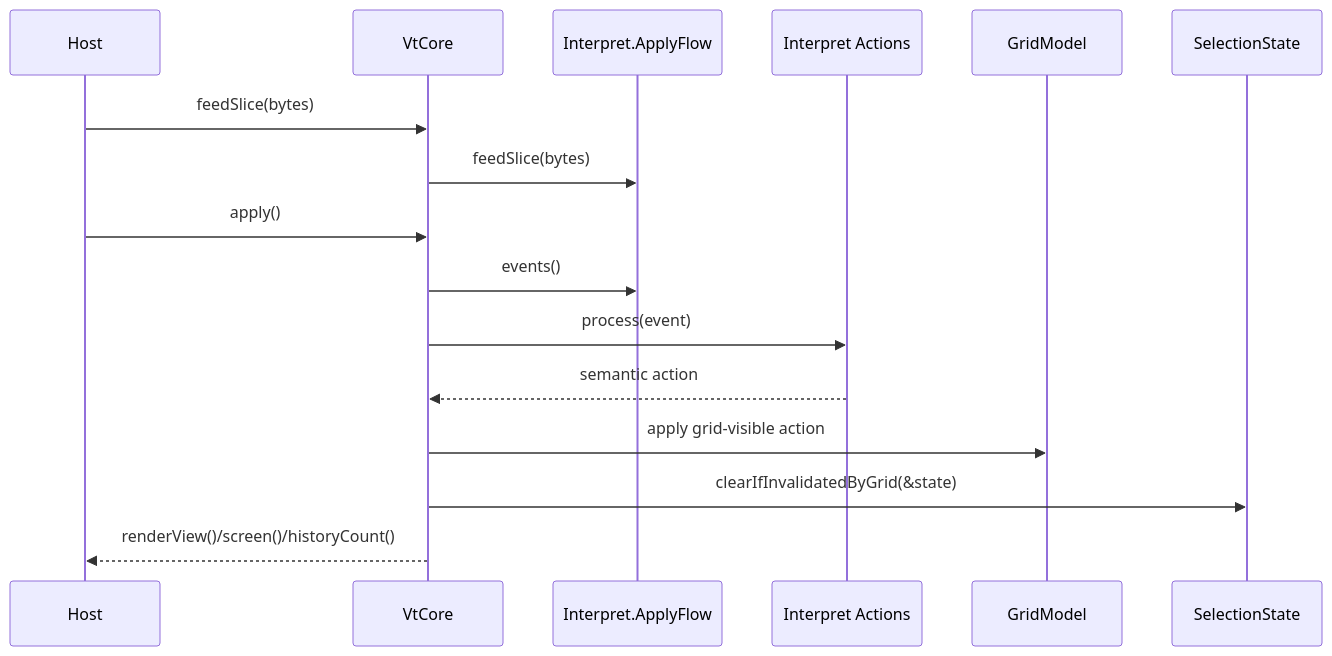
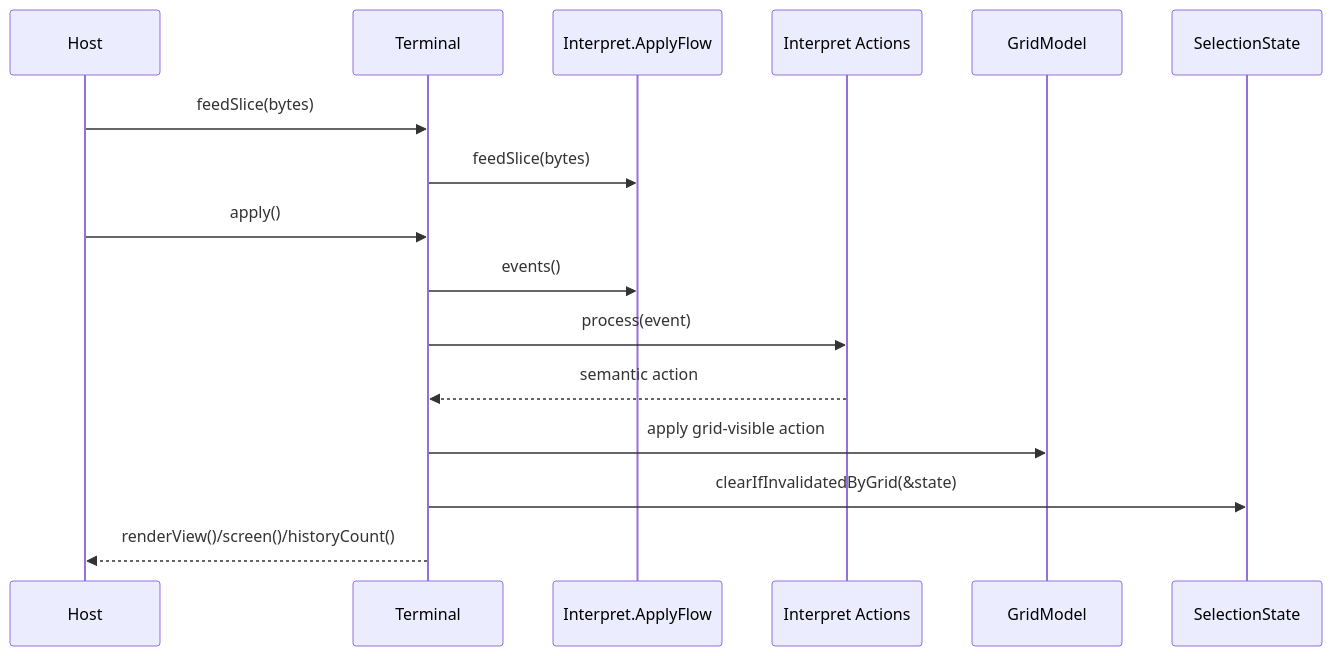
Before and after one commit to LaurenceGuws/howl-vt: the third of 4 diagrams in design.md, drawn with Mermaid. The commit also changed other lines of this file and 26 other files, not shown here.

````diff
--- a/design.md
+++ b/design.md
@@ -73,19 +64,19 @@
 ```mermaid
 sequenceDiagram
     participant Host
-    participant V as VtCore
+    participant V as Terminal
     participant F as Interpret.ApplyFlow
     participant A as Interpret Actions
     participant G as GridModel
     participant S as SelectionState
 
     Host->>V: feedSlice(bytes)
     V->>F: feedSlice(bytes)
     Host->>V: apply()
     V->>F: events()
     V->>A: process(event)
     A-->>V: semantic action
     V->>G: apply grid-visible action
     V->>S: clearIfInvalidatedByGrid(&state)
     V-->>Host: renderView()/screen()/historyCount()
 ```
````
